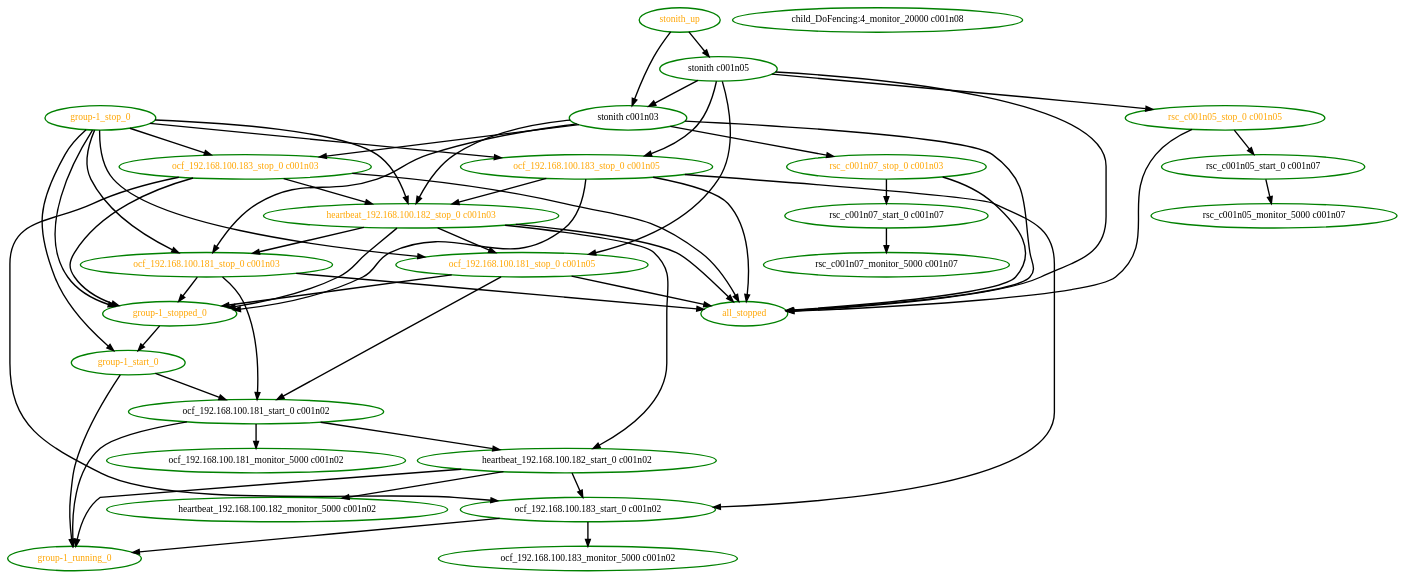
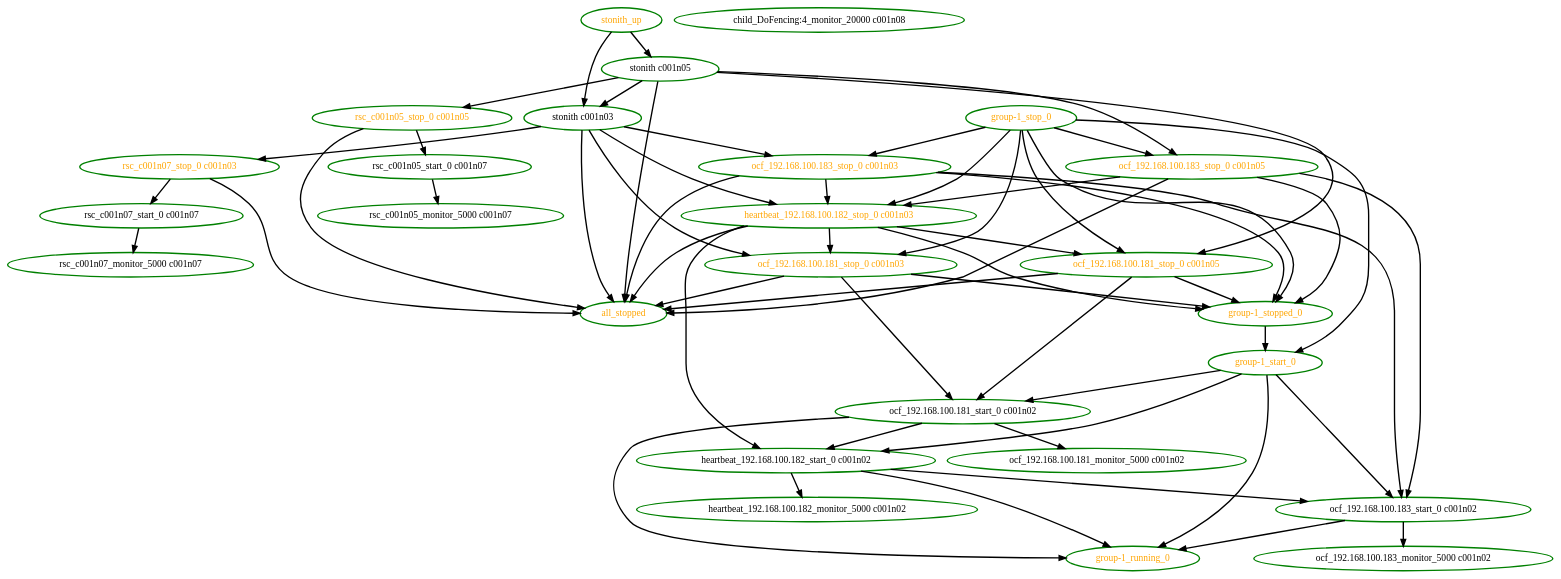
The diagram in pengine/testcases/stonith-0.dot (linux-ha-japan/pm_diskd), drawn with Graphviz before and after one commit. The commit also changed 57 other files, not shown here.

Commit message:
High: PE: Group start ordering fixes Ensure group.start is included in the graph if any of its members are starting.  This allows it to be ordered after group.stopped and group.demoted actions (if any member of the group is being stopped or demoted)

```diff
--- a/pengine/testcases/stonith-0.dot
+++ b/pengine/testcases/stonith-0.dot
@@ -1,83 +1,85 @@
  digraph "g" {
 "all_stopped" [ style=bold color="green" fontcolor="orange"  ]
 "child_DoFencing:4_monitor_20000 c001n08" [ style=bold color="green" fontcolor="black" ]
 "group-1_running_0" [ style=bold color="green" fontcolor="orange" ]
 "group-1_start_0" -> "group-1_running_0" [ style = bold]
+"group-1_start_0" -> "heartbeat_192.168.100.182_start_0 c001n02" [ style = bold]
 "group-1_start_0" -> "ocf_192.168.100.181_start_0 c001n02" [ style = bold]
+"group-1_start_0" -> "ocf_192.168.100.183_start_0 c001n02" [ style = bold]
 "group-1_start_0" [ style=bold color="green" fontcolor="orange" ]
 "group-1_stop_0" -> "group-1_start_0" [ style = bold]
 "group-1_stop_0" -> "group-1_stopped_0" [ style = bold]
 "group-1_stop_0" -> "heartbeat_192.168.100.182_stop_0 c001n03" [ style = bold]
 "group-1_stop_0" -> "ocf_192.168.100.181_stop_0 c001n03" [ style = bold]
 "group-1_stop_0" -> "ocf_192.168.100.181_stop_0 c001n05" [ style = bold]
 "group-1_stop_0" -> "ocf_192.168.100.183_stop_0 c001n03" [ style = bold]
 "group-1_stop_0" -> "ocf_192.168.100.183_stop_0 c001n05" [ style = bold]
 "group-1_stop_0" [ style=bold color="green" fontcolor="orange" ]
 "group-1_stopped_0" -> "group-1_start_0" [ style = bold]
 "group-1_stopped_0" [ style=bold color="green" fontcolor="orange" ]
 "heartbeat_192.168.100.182_monitor_5000 c001n02" [ style=bold color="green" fontcolor="black" ]
 "heartbeat_192.168.100.182_start_0 c001n02" -> "group-1_running_0" [ style = bold]
 "heartbeat_192.168.100.182_start_0 c001n02" -> "heartbeat_192.168.100.182_monitor_5000 c001n02" [ style = bold]
 "heartbeat_192.168.100.182_start_0 c001n02" -> "ocf_192.168.100.183_start_0 c001n02" [ style = bold]
 "heartbeat_192.168.100.182_start_0 c001n02" [ style=bold color="green" fontcolor="black" ]
 "heartbeat_192.168.100.182_stop_0 c001n03" -> "all_stopped" [ style = bold]
 "heartbeat_192.168.100.182_stop_0 c001n03" -> "group-1_stopped_0" [ style = bold]
 "heartbeat_192.168.100.182_stop_0 c001n03" -> "heartbeat_192.168.100.182_start_0 c001n02" [ style = bold]
 "heartbeat_192.168.100.182_stop_0 c001n03" -> "ocf_192.168.100.181_stop_0 c001n03" [ style = bold]
 "heartbeat_192.168.100.182_stop_0 c001n03" -> "ocf_192.168.100.181_stop_0 c001n05" [ style = bold]
 "heartbeat_192.168.100.182_stop_0 c001n03" [ style=bold color="green" fontcolor="orange"  ]
 "ocf_192.168.100.181_monitor_5000 c001n02" [ style=bold color="green" fontcolor="black" ]
 "ocf_192.168.100.181_start_0 c001n02" -> "group-1_running_0" [ style = bold]
 "ocf_192.168.100.181_start_0 c001n02" -> "heartbeat_192.168.100.182_start_0 c001n02" [ style = bold]
 "ocf_192.168.100.181_start_0 c001n02" -> "ocf_192.168.100.181_monitor_5000 c001n02" [ style = bold]
 "ocf_192.168.100.181_start_0 c001n02" [ style=bold color="green" fontcolor="black" ]
 "ocf_192.168.100.181_stop_0 c001n03" -> "all_stopped" [ style = bold]
 "ocf_192.168.100.181_stop_0 c001n03" -> "group-1_stopped_0" [ style = bold]
 "ocf_192.168.100.181_stop_0 c001n03" -> "ocf_192.168.100.181_start_0 c001n02" [ style = bold]
 "ocf_192.168.100.181_stop_0 c001n03" [ style=bold color="green" fontcolor="orange"  ]
 "ocf_192.168.100.181_stop_0 c001n05" -> "all_stopped" [ style = bold]
 "ocf_192.168.100.181_stop_0 c001n05" -> "group-1_stopped_0" [ style = bold]
 "ocf_192.168.100.181_stop_0 c001n05" -> "ocf_192.168.100.181_start_0 c001n02" [ style = bold]
 "ocf_192.168.100.181_stop_0 c001n05" [ style=bold color="green" fontcolor="orange"  ]
 "ocf_192.168.100.183_monitor_5000 c001n02" [ style=bold color="green" fontcolor="black" ]
 "ocf_192.168.100.183_start_0 c001n02" -> "group-1_running_0" [ style = bold]
 "ocf_192.168.100.183_start_0 c001n02" -> "ocf_192.168.100.183_monitor_5000 c001n02" [ style = bold]
 "ocf_192.168.100.183_start_0 c001n02" [ style=bold color="green" fontcolor="black" ]
 "ocf_192.168.100.183_stop_0 c001n03" -> "all_stopped" [ style = bold]
 "ocf_192.168.100.183_stop_0 c001n03" -> "group-1_stopped_0" [ style = bold]
 "ocf_192.168.100.183_stop_0 c001n03" -> "heartbeat_192.168.100.182_stop_0 c001n03" [ style = bold]
 "ocf_192.168.100.183_stop_0 c001n03" -> "ocf_192.168.100.183_start_0 c001n02" [ style = bold]
 "ocf_192.168.100.183_stop_0 c001n03" [ style=bold color="green" fontcolor="orange" ]
 "ocf_192.168.100.183_stop_0 c001n05" -> "all_stopped" [ style = bold]
 "ocf_192.168.100.183_stop_0 c001n05" -> "group-1_stopped_0" [ style = bold]
 "ocf_192.168.100.183_stop_0 c001n05" -> "heartbeat_192.168.100.182_stop_0 c001n03" [ style = bold]
 "ocf_192.168.100.183_stop_0 c001n05" -> "ocf_192.168.100.183_start_0 c001n02" [ style = bold]
 "ocf_192.168.100.183_stop_0 c001n05" [ style=bold color="green" fontcolor="orange" ]
 "rsc_c001n05_monitor_5000 c001n07" [ style=bold color="green" fontcolor="black" ]
 "rsc_c001n05_start_0 c001n07" -> "rsc_c001n05_monitor_5000 c001n07" [ style = bold]
 "rsc_c001n05_start_0 c001n07" [ style=bold color="green" fontcolor="black" ]
 "rsc_c001n05_stop_0 c001n05" -> "all_stopped" [ style = bold]
 "rsc_c001n05_stop_0 c001n05" -> "rsc_c001n05_start_0 c001n07" [ style = bold]
 "rsc_c001n05_stop_0 c001n05" [ style=bold color="green" fontcolor="orange" ]
 "rsc_c001n07_monitor_5000 c001n07" [ style=bold color="green" fontcolor="black" ]
 "rsc_c001n07_start_0 c001n07" -> "rsc_c001n07_monitor_5000 c001n07" [ style = bold]
 "rsc_c001n07_start_0 c001n07" [ style=bold color="green" fontcolor="black" ]
 "rsc_c001n07_stop_0 c001n03" -> "all_stopped" [ style = bold]
 "rsc_c001n07_stop_0 c001n03" -> "rsc_c001n07_start_0 c001n07" [ style = bold]
 "rsc_c001n07_stop_0 c001n03" [ style=bold color="green" fontcolor="orange" ]
 "stonith c001n03" -> "all_stopped" [ style = bold]
 "stonith c001n03" -> "heartbeat_192.168.100.182_stop_0 c001n03" [ style = bold]
 "stonith c001n03" -> "ocf_192.168.100.181_stop_0 c001n03" [ style = bold]
 "stonith c001n03" -> "ocf_192.168.100.183_stop_0 c001n03" [ style = bold]
 "stonith c001n03" -> "rsc_c001n07_stop_0 c001n03" [ style = bold]
 "stonith c001n03" [ style=bold color="green" fontcolor="black" ]
 "stonith c001n05" -> "all_stopped" [ style = bold]
 "stonith c001n05" -> "ocf_192.168.100.181_stop_0 c001n05" [ style = bold]
 "stonith c001n05" -> "ocf_192.168.100.183_stop_0 c001n05" [ style = bold]
 "stonith c001n05" -> "rsc_c001n05_stop_0 c001n05" [ style = bold]
 "stonith c001n05" -> "stonith c001n03" [ style = bold]
 "stonith c001n05" [ style=bold color="green" fontcolor="black" ]
 "stonith_up" -> "stonith c001n03" [ style = bold]
 "stonith_up" -> "stonith c001n05" [ style = bold]
 "stonith_up" [ style=bold color="green" fontcolor="orange"  ]
 }
```
